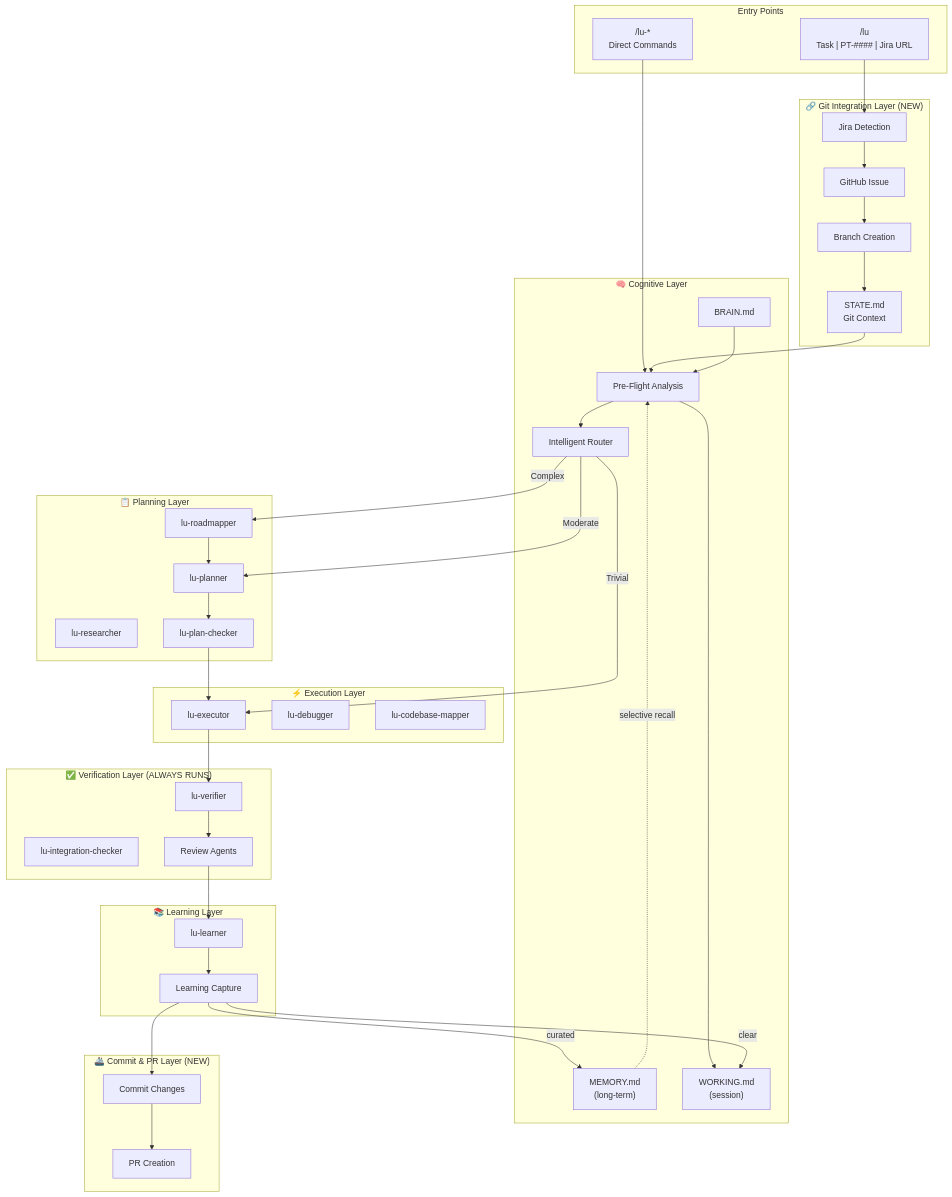
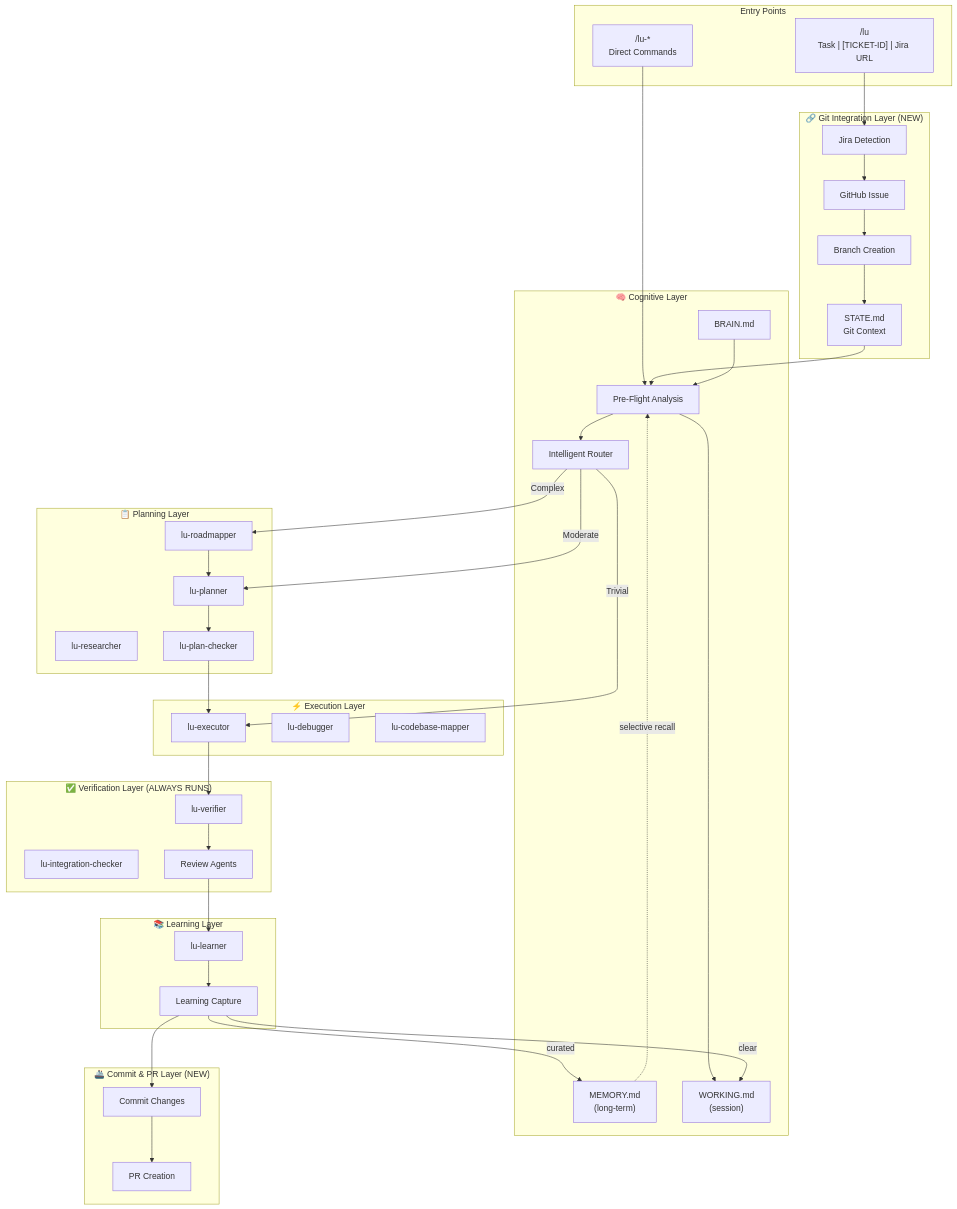
Before and after one commit to asibilia/luca-framework: the first of 14 diagrams in docs/agent-framework/luca/diagrams.md, drawn with Mermaid. The commit also changed other lines of this file and 205 other files, not shown here.

````diff
--- a/docs/agent-framework/luca/diagrams.md
+++ b/docs/agent-framework/luca/diagrams.md
@@ -5,71 +5,71 @@
 ```mermaid
 flowchart TB
     subgraph Entry["Entry Points"]
-        UNIFIED["/lu<br/>Task | PT-#### | Jira URL"]
+        UNIFIED["/lu<br/>Task | [TICKET-ID] | Jira URL"]
         SPECIFIC["/lu-*<br/>Direct Commands"]
     end
 
     subgraph Git["🔗 Git Integration Layer (NEW)"]
         JIRA["Jira Detection"]
         ISSUE["GitHub Issue"]
         BRANCH["Branch Creation"]
         GIT_STATE["STATE.md<br/>Git Context"]
     end
 
     subgraph Cognitive["🧠 Cognitive Layer"]
         PREFLIGHT["Pre-Flight Analysis"]
         ROUTING["Intelligent Router"]
 
         BRAIN_FILE["BRAIN.md"]
         MEMORY_FILE["MEMORY.md<br/>(long-term)"]
         WORKING_FILE["WORKING.md<br/>(session)"]
     end
 
     subgraph Planning["📋 Planning Layer"]
         ROADMAP["lu-roadmapper"]
         PLANNER["lu-planner"]
         RESEARCHER["lu-researcher"]
         CHECKER["lu-plan-checker"]
     end
 
     subgraph Execution["⚡ Execution Layer"]
         EXECUTOR["lu-executor"]
         DEBUGGER["lu-debugger"]
         MAPPER["lu-codebase-mapper"]
     end
 
     subgraph Verification["✅ Verification Layer (ALWAYS RUNS)"]
         VERIFIER["lu-verifier"]
         INTEG["lu-integration-checker"]
         REVIEW["Review Agents"]
     end
 
     subgraph Learning["📚 Learning Layer"]
         LEARNER["lu-learner"]
         CAPTURE["Learning Capture"]
     end
 
     subgraph Ship["🚢 Commit & PR Layer (NEW)"]
         COMMIT["Commit Changes"]
         PR["PR Creation"]
     end
 
     UNIFIED --> JIRA --> ISSUE --> BRANCH --> GIT_STATE
     SPECIFIC --> PREFLIGHT
     GIT_STATE --> PREFLIGHT
 
     BRAIN_FILE --> PREFLIGHT
     MEMORY_FILE -.->|"selective recall"| PREFLIGHT
     PREFLIGHT --> WORKING_FILE
 
     PREFLIGHT --> ROUTING
     ROUTING -->|"Trivial"| EXECUTOR
     ROUTING -->|"Moderate"| PLANNER
     ROUTING -->|"Complex"| ROADMAP
     ROADMAP --> PLANNER --> CHECKER --> EXECUTOR
     EXECUTOR --> VERIFIER --> REVIEW
     REVIEW --> LEARNER --> CAPTURE
     CAPTURE -->|"curated"| MEMORY_FILE
     CAPTURE -->|"clear"| WORKING_FILE
     CAPTURE --> COMMIT --> PR
 ```
````
